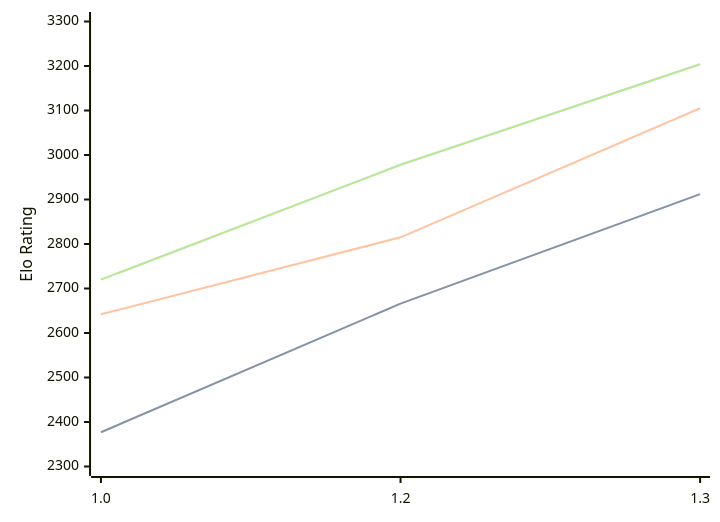
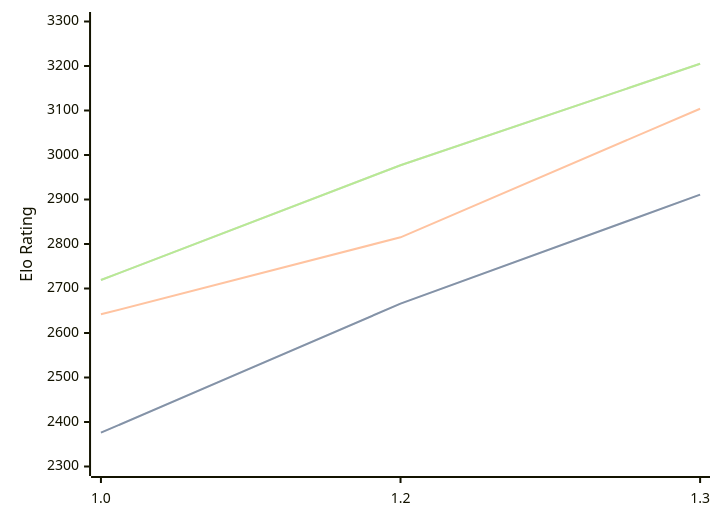
The diagram in engines/Chessnix.md (computer-chess-index/cci), drawn with Mermaid before and after one commit. The commit also changed other lines of this file, not shown here.

Commit message:
Update CCI Ratings (ELO VLTC) - 2026-03-12

````diff
--- a/engines/Chessnix.md
+++ b/engines/Chessnix.md
@@ -33,11 +33,11 @@
 ```mermaid
 %%{init: {"theme":"base","themeVariables":{"seriesColors:['#a3a3a3','#222221','#faa371']}}}%%
 xychart-beta
   x-axis ["1.0", "1.2", "1.3"]
   y-axis "Elo Rating" 2300 --> 3300
-  line "STC (8.0+0.08s)" [2377, 2666, 2912]
-  line "STC (8.0+0.08s)" [2377, 2666, 2912]
-  line "LTC (60.0+0.60s)" [2642, 2815, 3105]
-  line "VLTC (2m24s+1.12s)" [2720, 2978, 3204]
-  line "VLTC (2m24s+1.12s)" [2720, 2978, 3204]
+  line "STC (8.0+0.08s)" [2376, 2666, 2911]
+  line "STC (8.0+0.08s)" [2376, 2666, 2911]
+  line "LTC (60.0+0.60s)" [2642, 2815, 3104]
+  line "VLTC (2m24s+1.12s)" [2719, 2977, 3205]
+  line "VLTC (2m24s+1.12s)" [2719, 2977, 3205]
 ```
````
